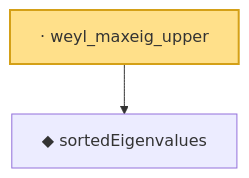
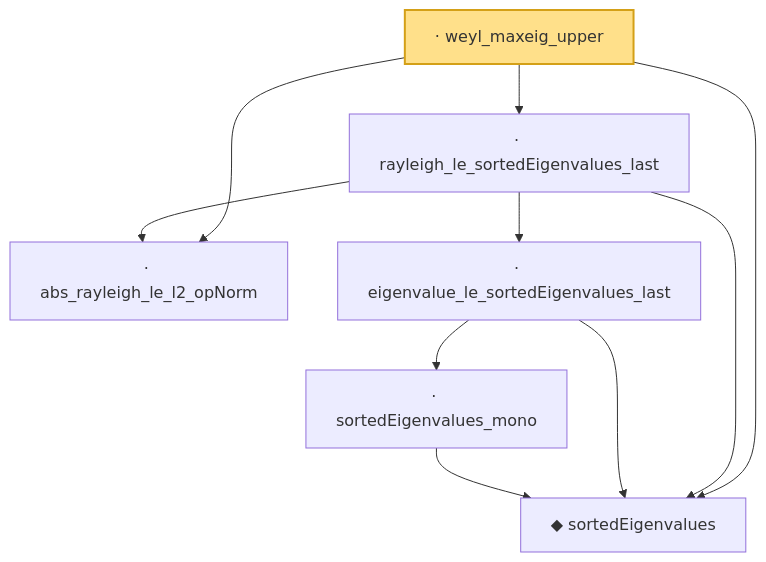
Before and after one commit to statopia/statlib-site: the diagram in public/narratives/HighDim/weyl_maxeig_upper.md, drawn with Mermaid. The commit also changed other lines of this file and 1165 other files, not shown here.

First line of the commit message:
feat: restructure to 6 pages + regenerate knowledge graph from main

````diff
--- a/public/narratives/HighDim/weyl_maxeig_upper.md
+++ b/public/narratives/HighDim/weyl_maxeig_upper.md
@@ -13,9 +17,21 @@
 ```mermaid
 flowchart TD
   n0["◆ sortedEigenvalues"]
-  n1["· weyl_maxeig_upper"]
-  n1 --> n0
-  class n1 headline;
+  n1["· abs_rayleigh_le_l2_opNorm"]
+  n2["· sortedEigenvalues_mono"]
+  n3["· eigenvalue_le_sortedEigenvalues_last"]
+  n4["· rayleigh_le_sortedEigenvalues_last"]
+  n5["· weyl_maxeig_upper"]
+  n2 --> n0
+  n3 --> n0
+  n3 --> n2
+  n4 --> n0
+  n4 --> n1
+  n4 --> n3
+  n5 --> n0
+  n5 --> n4
+  n5 --> n1
+  class n5 headline;
   classDef headline fill:#ffe08a,stroke:#d4a017,stroke-width:2px;
   classDef axiomNode fill:#ffd0d0,stroke:#c0392b,stroke-dasharray:4 2;
 ```
````
